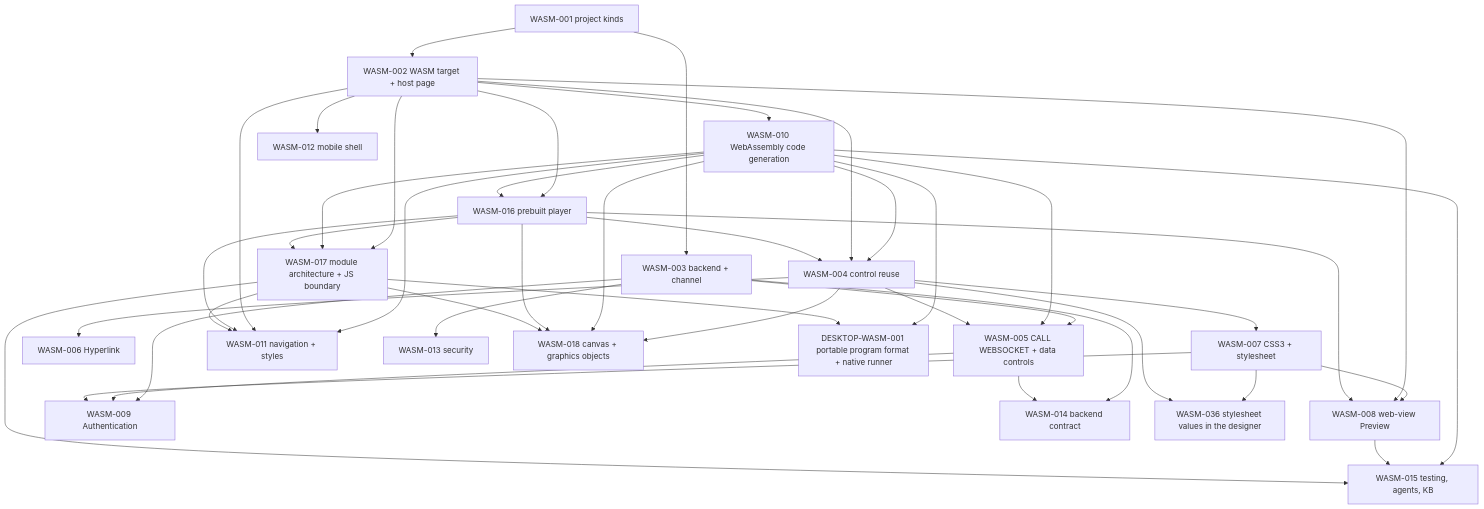
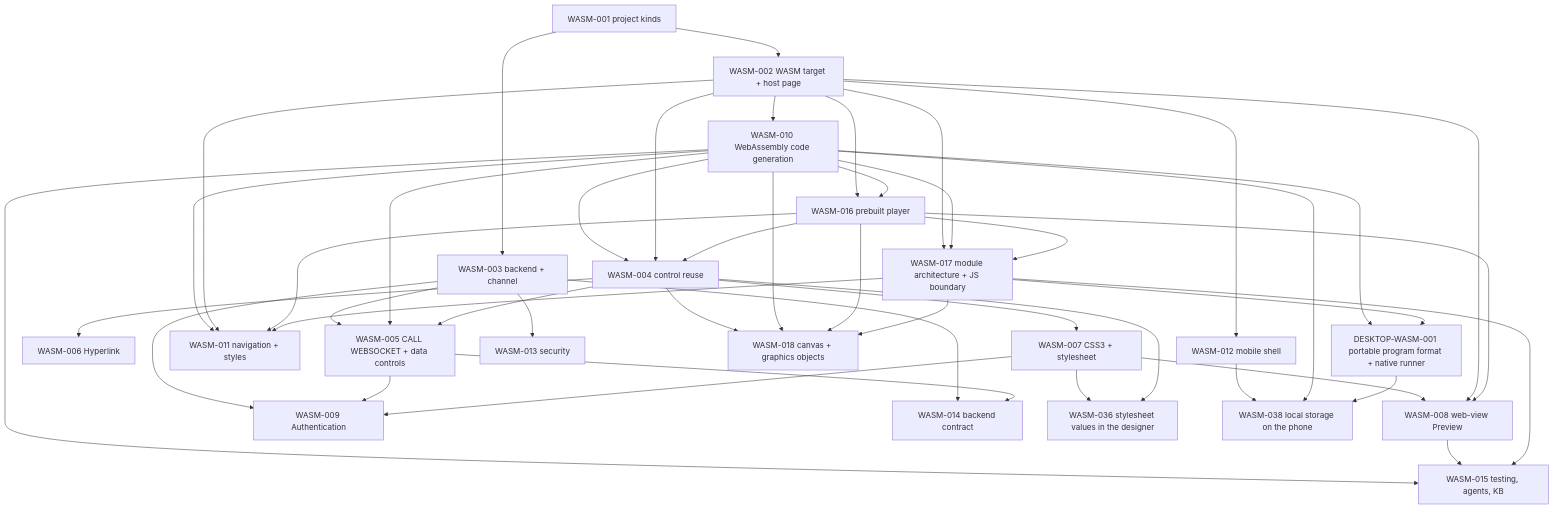
Before and after one commit to CloudLandBeta/PowerRustCOBOL: the second of 2 diagrams in specs/WASM-INDEX.md, drawn with Mermaid. The commit also changed other lines of this file and 3 other files, not shown here.

First line of the commit message:
Feature: WASM-038 specifies local storage on the phone for a Mobile application (2.1.6)

````diff
--- a/specs/WASM-INDEX.md
+++ b/specs/WASM-INDEX.md
@@ -80,44 +81,47 @@
 ```mermaid
 flowchart TD
   W1["WASM-001 project kinds"] --> W2["WASM-002 WASM target + host page"]
   W1 --> W3["WASM-003 backend + channel"]
   W2 --> W10["WASM-010 WebAssembly code generation"]
   W10 --> W4["WASM-004 control reuse"]
   W2 --> W4
   W3 --> W5["WASM-005 CALL WEBSOCKET + data controls"]
   W10 --> W5
   W4 --> W5
   W4 --> W6["WASM-006 Hyperlink"]
   W4 --> W7["WASM-007 CSS3 + stylesheet"]
   W7 --> W8["WASM-008 web-view Preview"]
   W2 --> W8
   W3 --> W9["WASM-009 Authentication"]
   W5 --> W9
   W7 --> W9
   W10 --> W11["WASM-011 navigation + styles"]
   W2 --> W11
   W2 --> W12["WASM-012 mobile shell"]
   W3 --> W14["WASM-014 backend contract"]
   W5 --> W14
   W3 --> W13["WASM-013 security"]
   W10 --> W15["WASM-015 testing, agents, KB"]
   W8 --> W15
   W2 --> W16["WASM-016 prebuilt player"]
   W10 --> W16
   W16 --> W4
   W16 --> W8
   W16 --> W11
   W2 --> W17["WASM-017 module architecture + JS boundary"]
   W10 --> W17
   W16 --> W17
   W17 --> W11
   W17 --> W15
   W4 --> W18["WASM-018 canvas + graphics objects"]
   W10 --> W18
   W16 --> W18
   W17 --> W18
   W7 --> W36["WASM-036 stylesheet values in the designer"]
   W4 --> W36
   W10 --> DW1["DESKTOP-WASM-001 portable program format + native runner"]
   W17 --> DW1
+  W12 --> W38["WASM-038 local storage on the phone"]
+  W10 --> W38
+  DW1 --> W38
 ```
````
